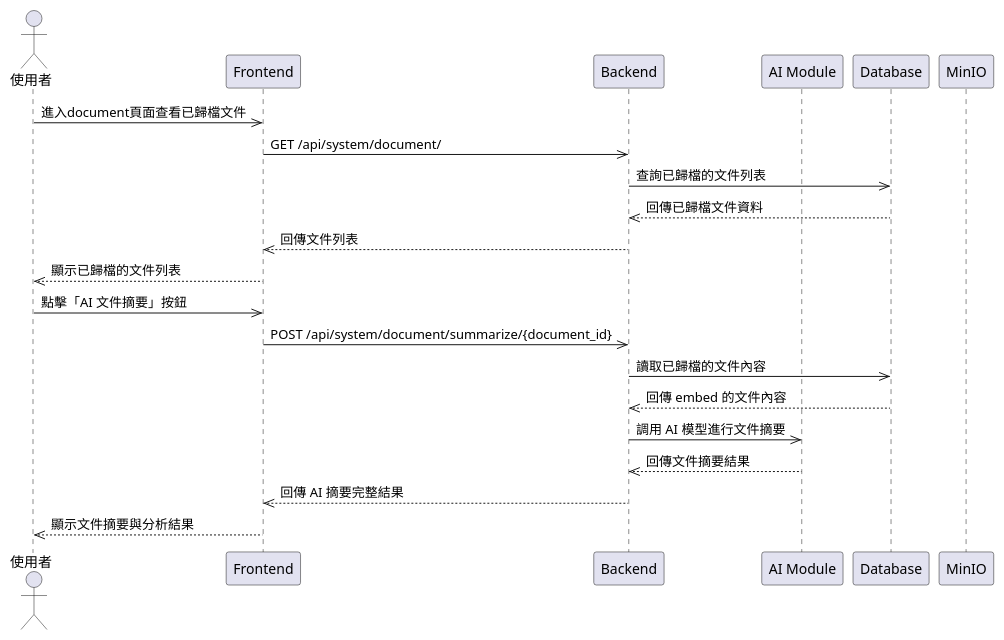
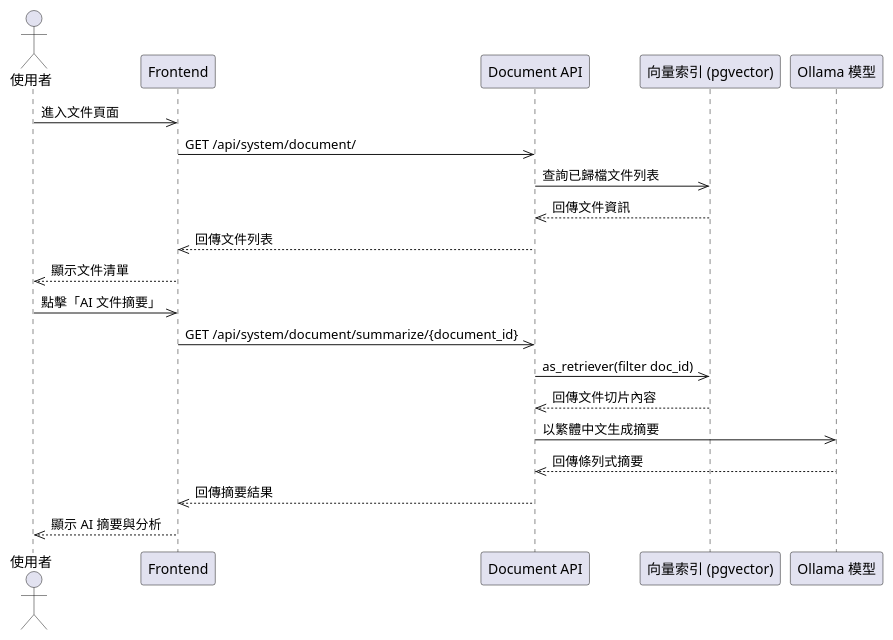
Before and after one commit to walle45611/NTUB_SecuManag_Diagram: the diagram in plantUML/sequence/document_summary.puml, drawn with PlantUML. The commit also changed 12 other files, not shown here.

Commit message:
feat: 更新多個流程圖，整合 AI 評估與核准流程，增強可讀性與結構

```diff
--- a/plantUML/sequence/document_summary.puml
+++ b/plantUML/sequence/document_summary.puml
@@ -1,24 +1,24 @@
 @startuml
 actor User as "使用者"
 participant Frontend
-participant Backend
-participant "AI Module" as AI
-participant Database
-participant MinIO
+participant "Document API" as DocumentAPI
+participant "向量索引 (pgvector)" as VectorStore
+participant "Ollama 模型" as LLM
 
-User ->> Frontend: 進入document頁面查看已歸檔文件
-Frontend ->> Backend: GET /api/system/document/
-Backend ->> Database: 查詢已歸檔的文件列表
-Database -->> Backend: 回傳已歸檔文件資料
-Backend -->> Frontend: 回傳文件列表
-Frontend -->> User: 顯示已歸檔的文件列表
+User ->> Frontend: 進入文件頁面
+Frontend ->> DocumentAPI: GET /api/system/document/
+DocumentAPI ->> VectorStore: 查詢已歸檔文件列表
+VectorStore -->> DocumentAPI: 回傳文件資訊
+DocumentAPI -->> Frontend: 回傳文件列表
+Frontend -->> User: 顯示文件清單
 
-User ->> Frontend: 點擊「AI 文件摘要」按鈕
-Frontend ->> Backend: POST /api/system/document/summarize/{document_id}
-Backend ->> Database: 讀取已歸檔的文件內容
-Database -->> Backend: 回傳 embed 的文件內容
-Backend ->> AI: 調用 AI 模型進行文件摘要
-AI -->> Backend: 回傳文件摘要結果
-Backend -->> Frontend: 回傳 AI 摘要完整結果
-Frontend -->> User: 顯示文件摘要與分析結果
+User ->> Frontend: 點擊「AI 文件摘要」
+Frontend ->> DocumentAPI: GET /api/system/document/summarize/{document_id}
+DocumentAPI ->> VectorStore: as_retriever(filter doc_id)
+VectorStore -->> DocumentAPI: 回傳文件切片內容
+DocumentAPI ->> LLM: 以繁體中文生成摘要
+LLM -->> DocumentAPI: 回傳條列式摘要
+DocumentAPI -->> Frontend: 回傳摘要結果
+Frontend -->> User: 顯示 AI 摘要與分析
+
 @enduml
```
